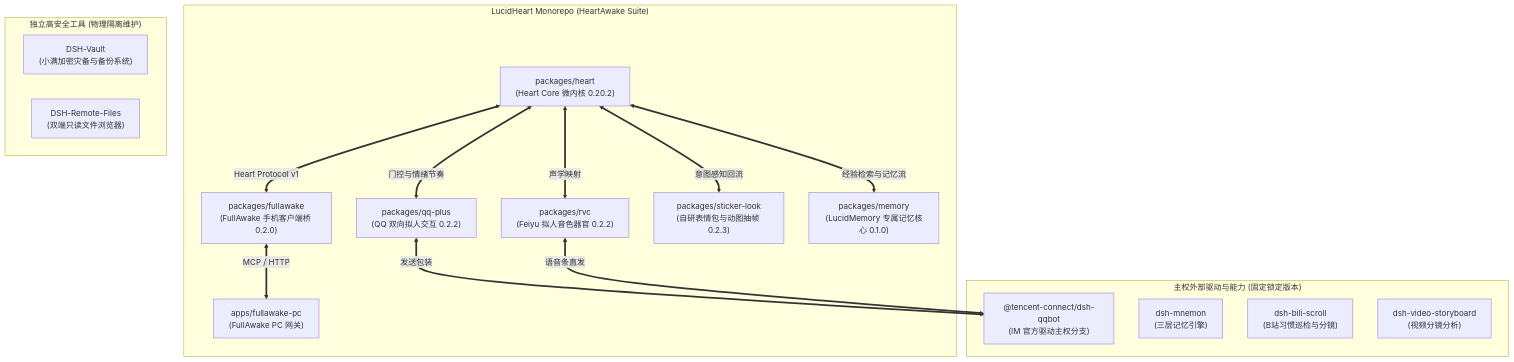
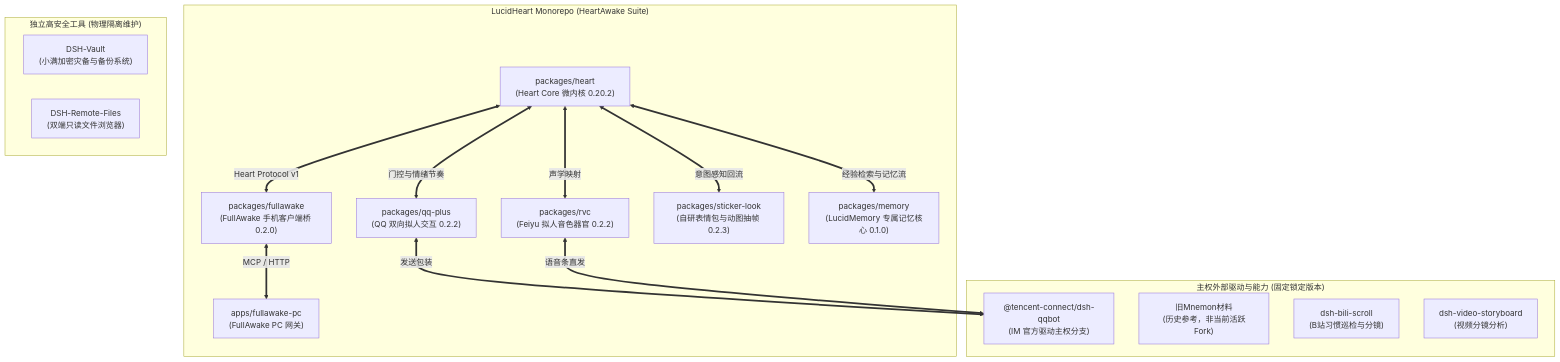
One commit to kirigayakazima/LucidHeart changed the diagram in README.md. Above: the diagram before and after it, drawn with Mermaid. The commit also changed other lines of this file and 5 other files, not shown here.

````diff
--- a/README.md
+++ b/README.md
@@ -13,33 +13,33 @@
 ```mermaid
 flowchart TB
     subgraph SUITE["LucidHeart Monorepo (HeartAwake Suite)"]
         HEART["packages/heart<br/>(Heart Core 微内核 0.20.2)"]
         FULLAWAKE["packages/fullawake<br/>(FullAwake 手机客户端桥 0.2.0)"]
         PC_APP["apps/fullawake-pc<br/>(FullAwake PC 网关)"]
         QQ_PLUS["packages/qq-plus<br/>(QQ 双向拟人交互 0.2.2)"]
         RVC["packages/rvc<br/>(Feiyu 拟人音色器官 0.2.2)"]
         STICKER["packages/sticker-look<br/>(自研表情包与动图抽帧 0.2.3)"]
         MEMORY["packages/memory<br/>(LucidMemory 专属记忆核心 0.1.0)"]
     end
 
     subgraph FORKS["主权外部驱动与能力 (固定锁定版本)"]
         QQBOT["@tencent-connect/dsh-qqbot<br/>(IM 官方驱动主权分支)"]
-        MNEMON["dsh-mnemon<br/>(三层记忆引擎)"]
+        MNEMON["旧Mnemon材料<br/>(历史参考，非当前活跃Fork)"]
         BILI["dsh-bili-scroll<br/>(B站习惯巡检与分镜)"]
         STORYBOARD["dsh-video-storyboard<br/>(视频分镜分析)"]
     end
 
     subgraph TOOLS["独立高安全工具 (物理隔离维护)"]
         VAULT["DSH-Vault<br/>(小满加密灾备与备份系统)"]
         REMOTE["DSH-Remote-Files<br/>(双端只读文件浏览器)"]
     end
 
     HEART <== Heart Protocol v1 ==> FULLAWAKE
     HEART <== 门控与情绪节奏 ==> QQ_PLUS
     HEART <== 声学映射 ==> RVC
     HEART <== 意图感知回流 ==> STICKER
     HEART <== 经验检索与记忆流 ==> MEMORY
     FULLAWAKE <== MCP / HTTP ==> PC_APP
     QQ_PLUS <== 发送包装 ==> QQBOT
     RVC <== 语音条直发 ==> QQBOT
 ```
````
